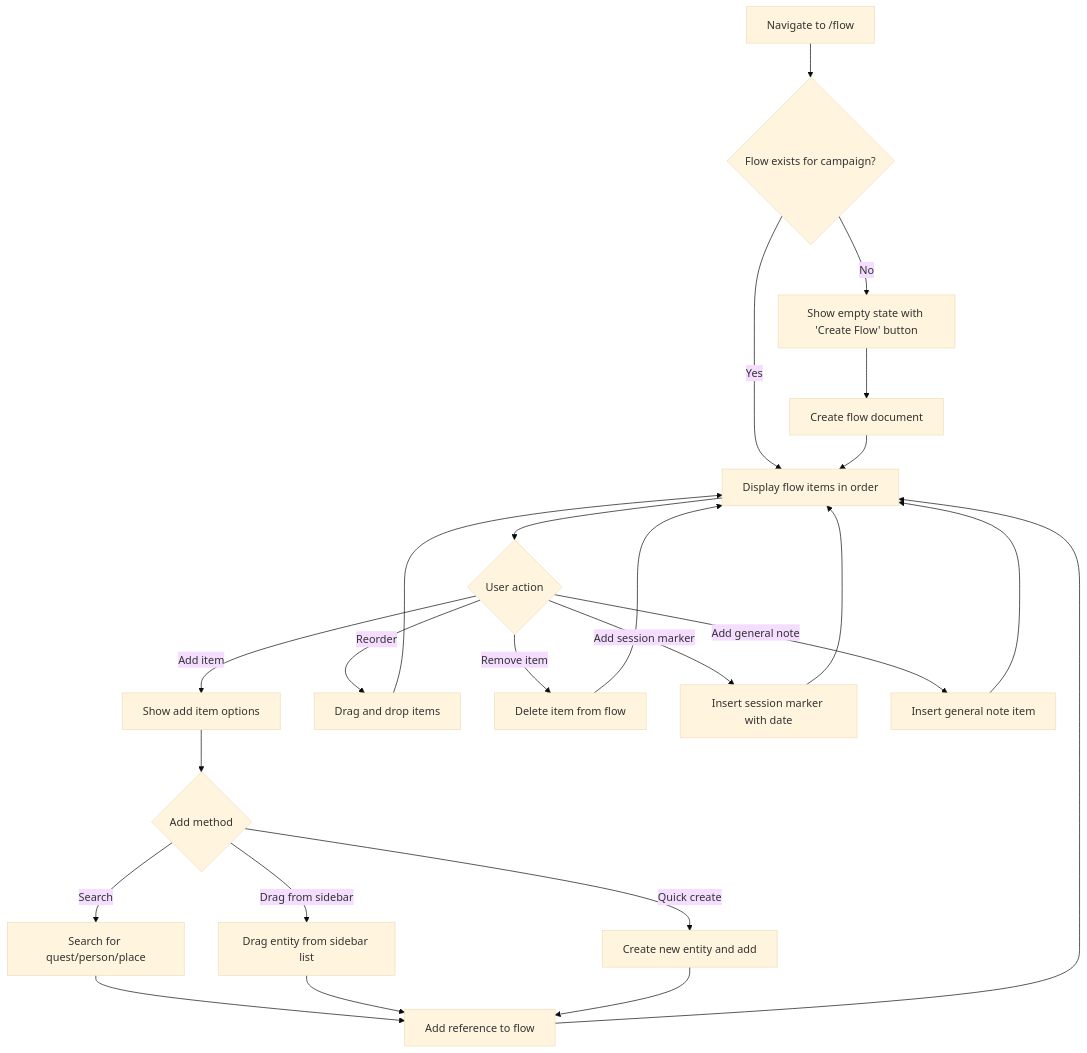
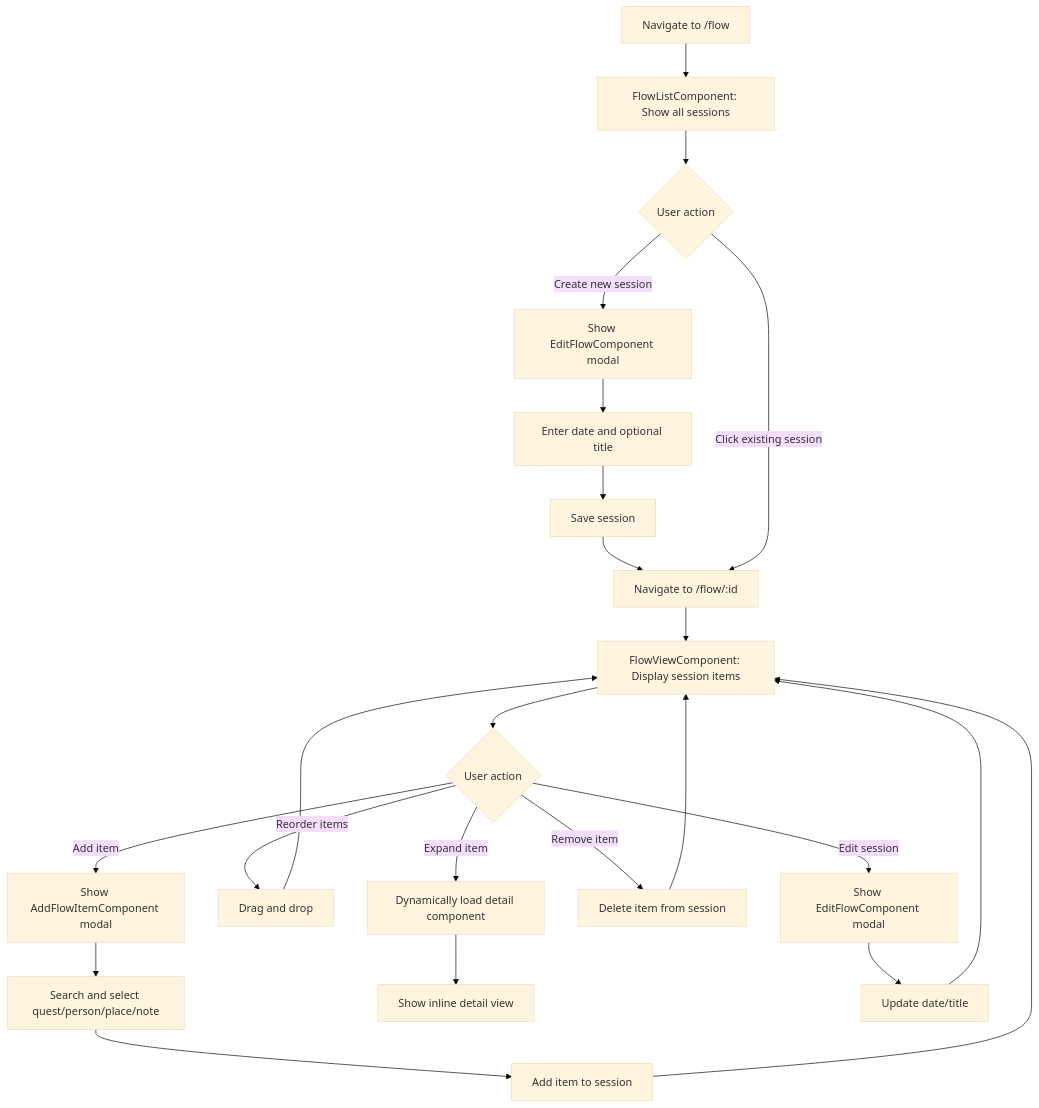
Before and after one commit to call1800messiah/The-Eighth: the second of 4 diagrams in docs/features/flow/journey.md, drawn with Mermaid (base theme). The commit also changed other lines of this file and 4 other files, not shown here.

````diff
--- a/docs/features/flow/journey.md
+++ b/docs/features/flow/journey.md
@@ -84,26 +85,25 @@
 ```mermaid
 graph TD
-    A[Navigate to /flow] --> B{Flow exists for campaign?}
-    B -->|No| C[Show empty state with 'Create Flow' button]
-    B -->|Yes| D[Display flow items in order]
-    C --> E[Create flow document]
-    E --> D
-    D --> F{User action}
-    F -->|Add item| G[Show add item options]
-    F -->|Reorder| H[Drag and drop items]
-    F -->|Remove item| I[Delete item from flow]
-    F -->|Add session marker| J[Insert session marker with date]
-    F -->|Add general note| K[Insert general note item]
-    G --> L{Add method}
-    L -->|Search| M[Search for quest/person/place]
-    L -->|Drag from sidebar| N[Drag entity from sidebar list]
-    L -->|Quick create| O[Create new entity and add]
-    M --> P[Add reference to flow]
-    N --> P
-    O --> P
-    P --> D
-    H --> D
-    I --> D
-    J --> D
-    K --> D
+    A[Navigate to /flow] --> B[FlowListComponent: Show all sessions]
+    B --> C{User action}
+    C -->|Create new session| D[Show EditFlowComponent modal]
+    D --> E[Enter date and optional title]
+    E --> F[Save session]
+    F --> G[Navigate to /flow/:id]
+    C -->|Click existing session| G
+    G --> H[FlowViewComponent: Display session items]
+    H --> I{User action}
+    I -->|Add item| J[Show AddFlowItemComponent modal]
+    J --> K[Search and select quest/person/place/note]
+    K --> L[Add item to session]
+    L --> H
+    I -->|Reorder items| M[Drag and drop]
+    M --> H
+    I -->|Expand item| N[Dynamically load detail component]
+    N --> O[Show inline detail view]
+    I -->|Remove item| P[Delete item from session]
+    P --> H
+    I -->|Edit session| Q[Show EditFlowComponent modal]
+    Q --> R[Update date/title]
+    R --> H
 ```
````
